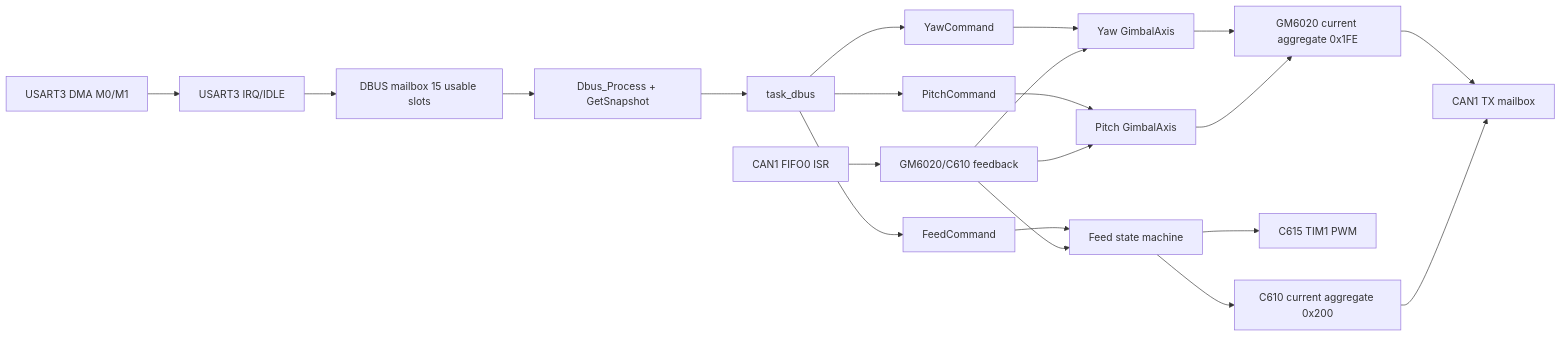
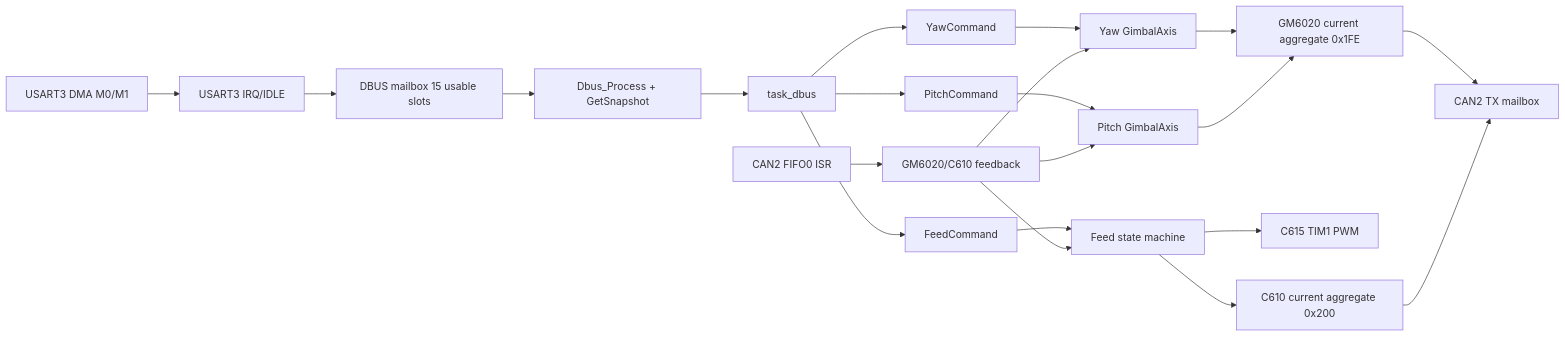
The diagram in yuntai/yuntai/doc/TECHNICAL_ARCHITECTURE.md (RUOLINGDADA/Robomaster-for-VS-Code-Studying), drawn with Mermaid before and after one commit. The commit also changed other lines of this file and 41 other files, not shown here.

````diff
--- a/yuntai/yuntai/doc/TECHNICAL_ARCHITECTURE.md
+++ b/yuntai/yuntai/doc/TECHNICAL_ARCHITECTURE.md
@@ -742,23 +744,23 @@
 ```mermaid
 flowchart LR
   D[USART3 DMA M0/M1] --> I[USART3 IRQ/IDLE]
   I --> M[DBUS mailbox 15 usable slots]
   M --> P[Dbus_Process + GetSnapshot]
   P --> T[task_dbus]
   T --> Y[YawCommand]
   T --> Q[PitchCommand]
   T --> F[FeedCommand]
-  C[CAN1 FIFO0 ISR] --> G[GM6020/C610 feedback]
+  C[CAN2 FIFO0 ISR] --> G[GM6020/C610 feedback]
   Y --> YA[Yaw GimbalAxis]
   Q --> PA[Pitch GimbalAxis]
   G --> YA
   G --> PA
   YA --> GC[GM6020 current aggregate 0x1FE]
   PA --> GC
   F --> FS[Feed state machine]
   G --> FS
   FS --> PW[C615 TIM1 PWM]
   FS --> CF[C610 current aggregate 0x200]
-  GC --> B[CAN1 TX mailbox]
+  GC --> B[CAN2 TX mailbox]
   CF --> B
 ```
````
